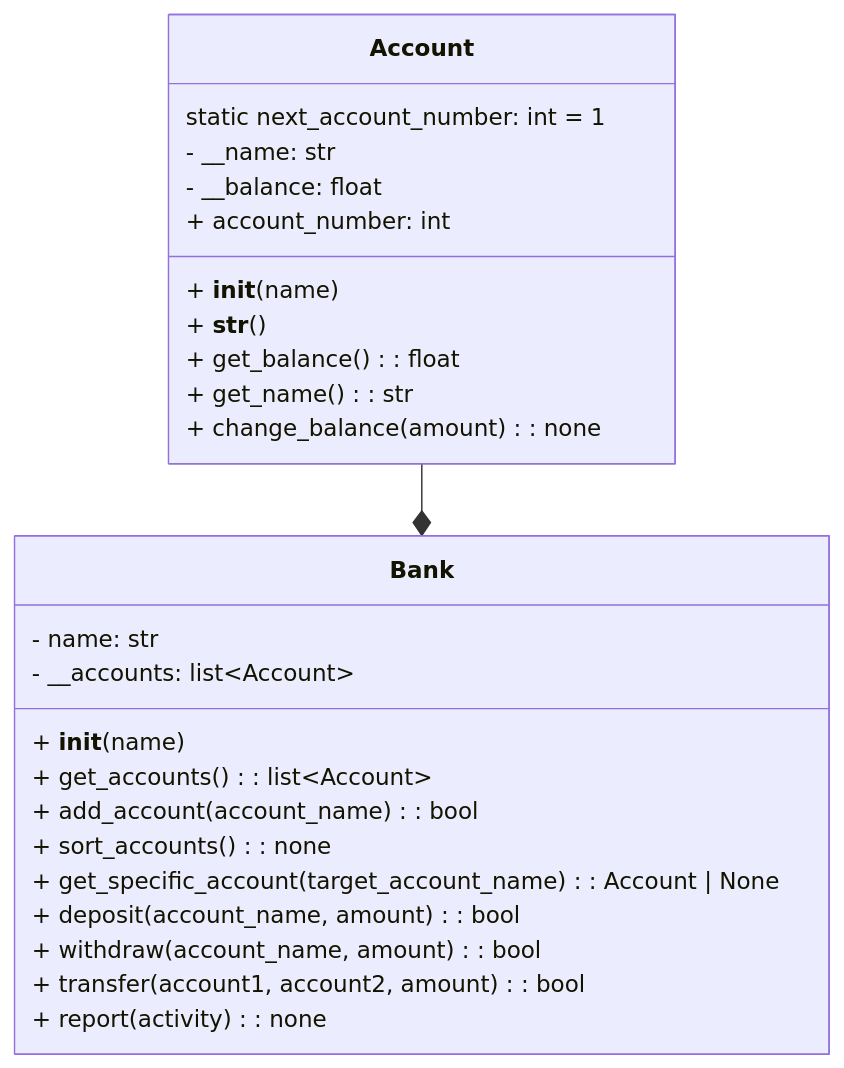
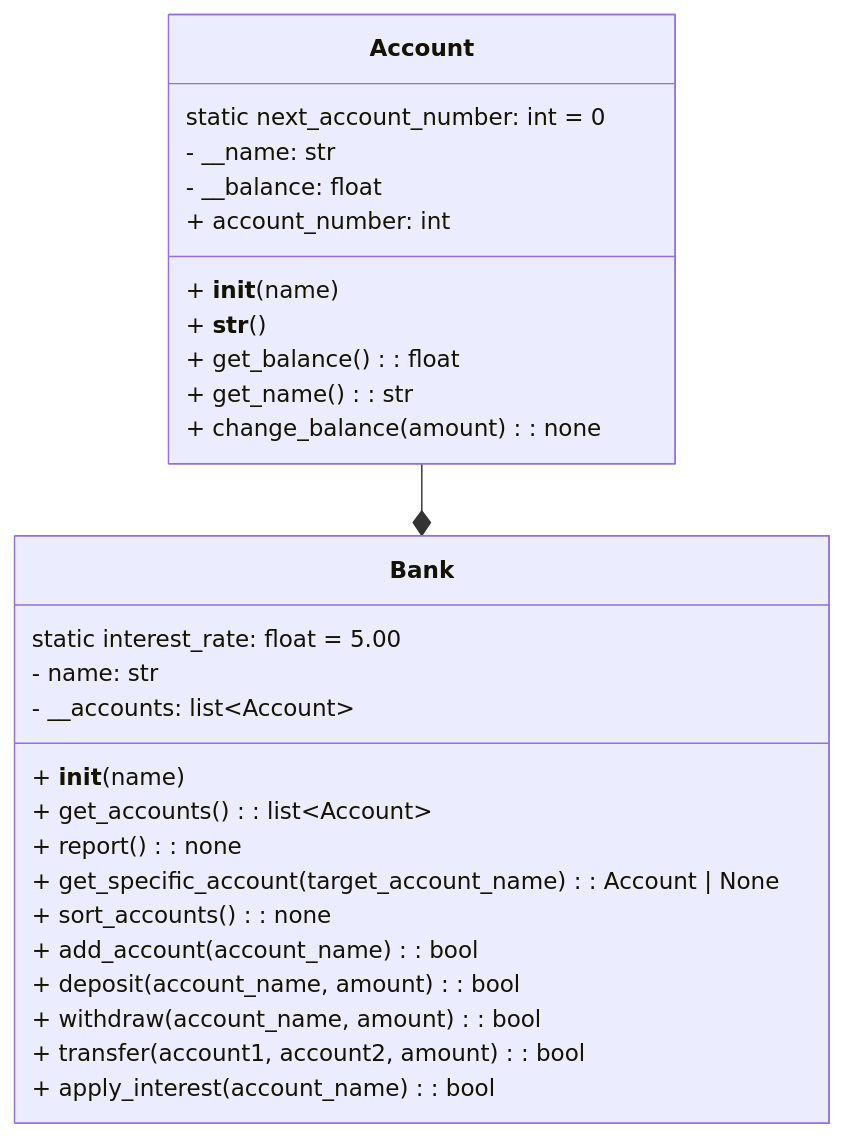
One commit to isf-dp-cs/isf-dp-cs.github.io changed the first of 3 diagrams in content/new_syllabus/unit_03_oop/02_composition/_index.md. Above: the diagram before and after it, drawn with Mermaid. The commit also changed other lines of this file, not shown here.

```diff
--- a/content/new_syllabus/unit_03_oop/02_composition/_index.md
+++ b/content/new_syllabus/unit_03_oop/02_composition/_index.md
@@ -40,32 +42,34 @@
 {{< mermaid >}}
 
 classDiagram
     class Account {
-        static next_account_number: int = 1
+        static next_account_number: int = 0
         - __name: str
         - __balance: float
         + account_number: int
         + __init__(name)
         + __str__()
         + get_balance(): float
         + get_name(): str
         + change_balance(amount): none
     }
 
     class Bank {
+        static interest_rate: float = 5.00
         - name: str
         - __accounts: list~Account~
         + __init__(name)
         + get_accounts() : list~Account~
+        + report(): none
+        + get_specific_account(target_account_name): Account | None
+        + sort_accounts(): none
         + add_account(account_name) : bool
-        + sort_accounts(): none
-        + get_specific_account(target_account_name): Account | None
         + deposit(account_name, amount): bool
         + withdraw(account_name, amount): bool
         + transfer(account1, account2, amount): bool
-        + report(activity): none
+        + apply_interest(account_name): bool
     } 
 
     Account --* Bank
    
 {{< /mermaid >}}
```
